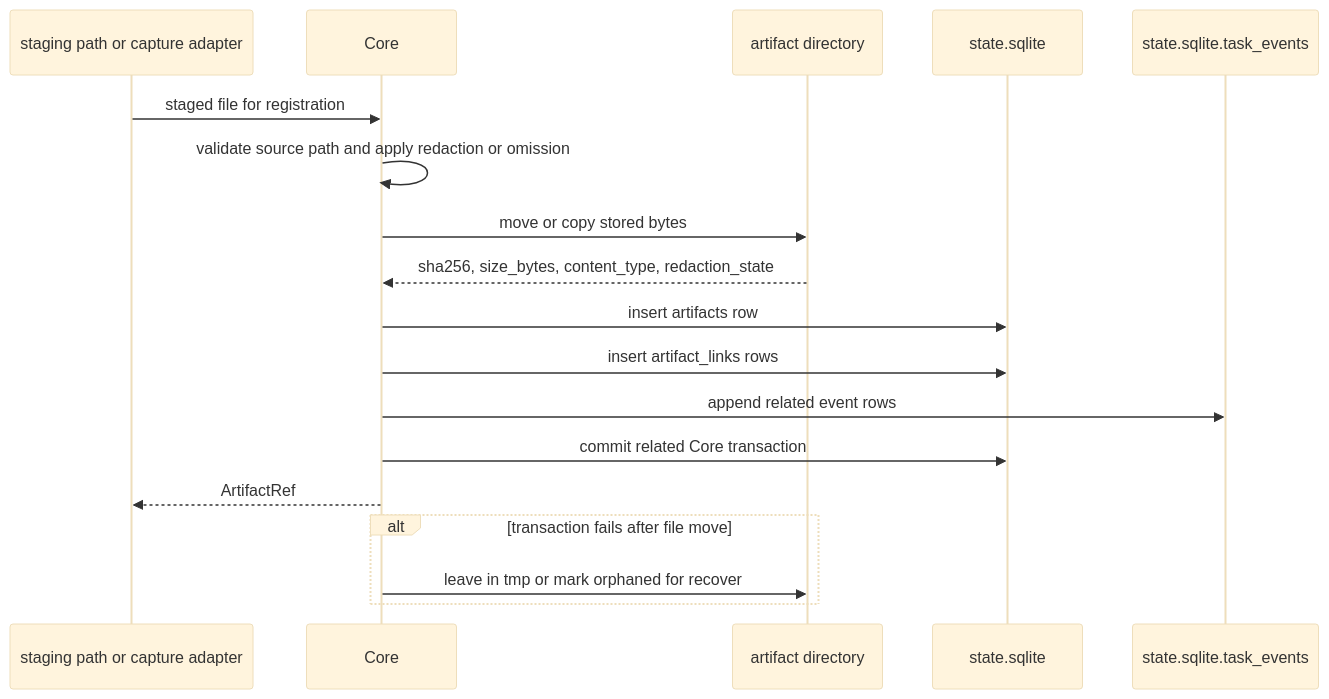
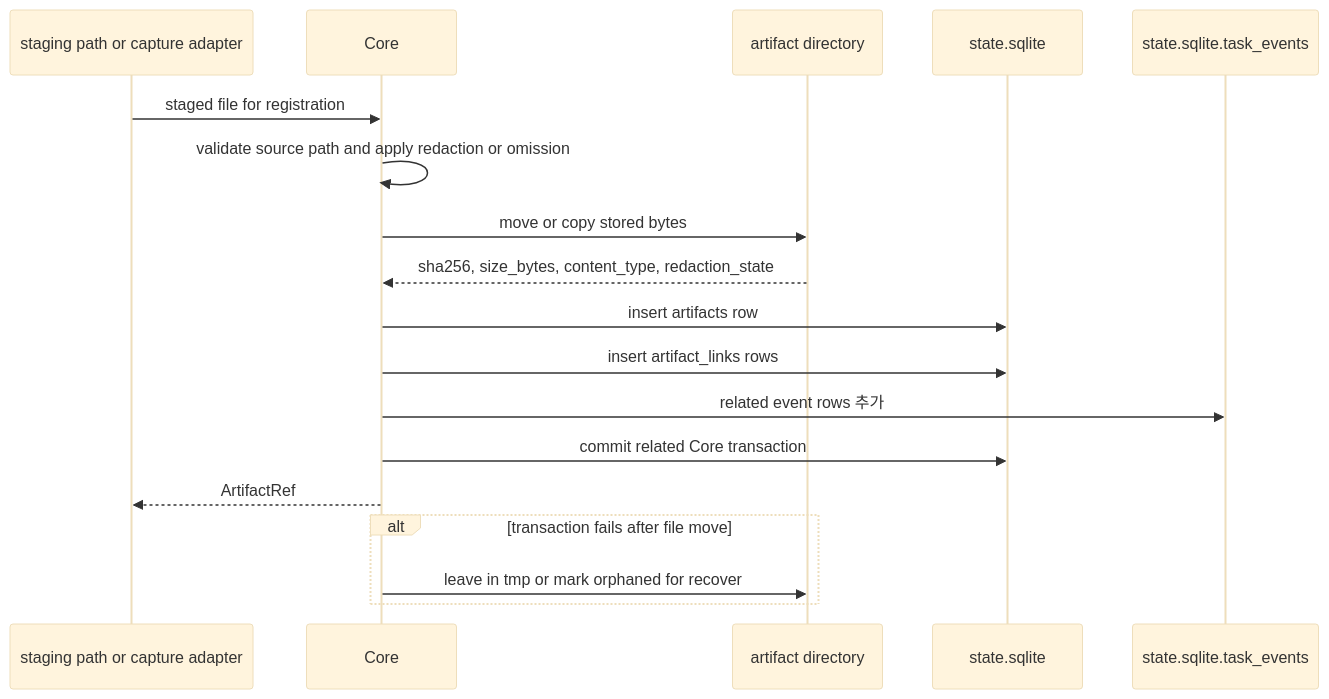
The fifth of 10 diagrams in docs/ko/reference/storage-and-ddl.md (minjungw00/Volicord), drawn with Mermaid (base theme) before and after one commit. The commit also changed other lines of this file and 12 other files, not shown here.

````diff
--- a/docs/ko/reference/storage-and-ddl.md
+++ b/docs/ko/reference/storage-and-ddl.md
@@ -1059,21 +1060,21 @@
 ```mermaid
 sequenceDiagram
   participant Capture as staging path or capture adapter
   participant Core as Core
   participant Store as artifact directory
   participant State as state.sqlite
   participant Events as state.sqlite.task_events
 
   Capture->>Core: staged file for registration
   Core->>Core: validate source path and apply redaction or omission
   Core->>Store: move or copy stored bytes
   Store-->>Core: sha256, size_bytes, content_type, redaction_state
   Core->>State: insert artifacts row
   Core->>State: insert artifact_links rows
-  Core->>Events: append related event rows
+  Core->>Events: related event rows 추가
   Core->>State: commit related Core transaction
   Core-->>Capture: ArtifactRef
   alt transaction fails after file move
     Core->>Store: leave in tmp or mark orphaned for recover
   end
 ```
````
